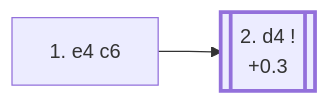
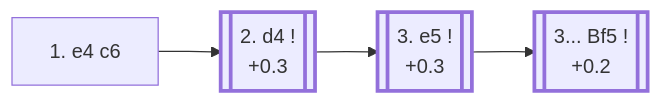
Before and after one commit to onclemarcel/chess_flashcards: the diagram in e4_openings/e4_c6_Caro_Kann.md, drawn with Mermaid. The commit also changed other lines of this file and 53 other files, not shown here.

````diff
--- a/e4_openings/e4_c6_Caro_Kann.md
+++ b/e4_openings/e4_c6_Caro_Kann.md
@@ -12,10 +12,16 @@
 ```mermaid
 flowchart LR
     classDef main stroke-width:3px;
 
     c6["1. e4 c6"]
     click c6 "#_initial_move_" "B10 · Caro-Kann Defense"
 
     c6 --> d4[["2. d4 !<br/>+0.3"]]:::main
     click d4 "#_d4_" "B10 · Caro-Kann Defense"
+
+    d4 --> e5[["3. e5 !<br/>+0.3"]]:::main
+    click e5 "#_e5_" "B12 · Caro-Kann Defense: Advance Variation"
+
+    e5 --> Bf5[["3... Bf5 !<br/>+0.2"]]:::main
+    click Bf5 "#_e5_" "B12 · Caro-Kann Defense: Advance Variation"
 ```
````
